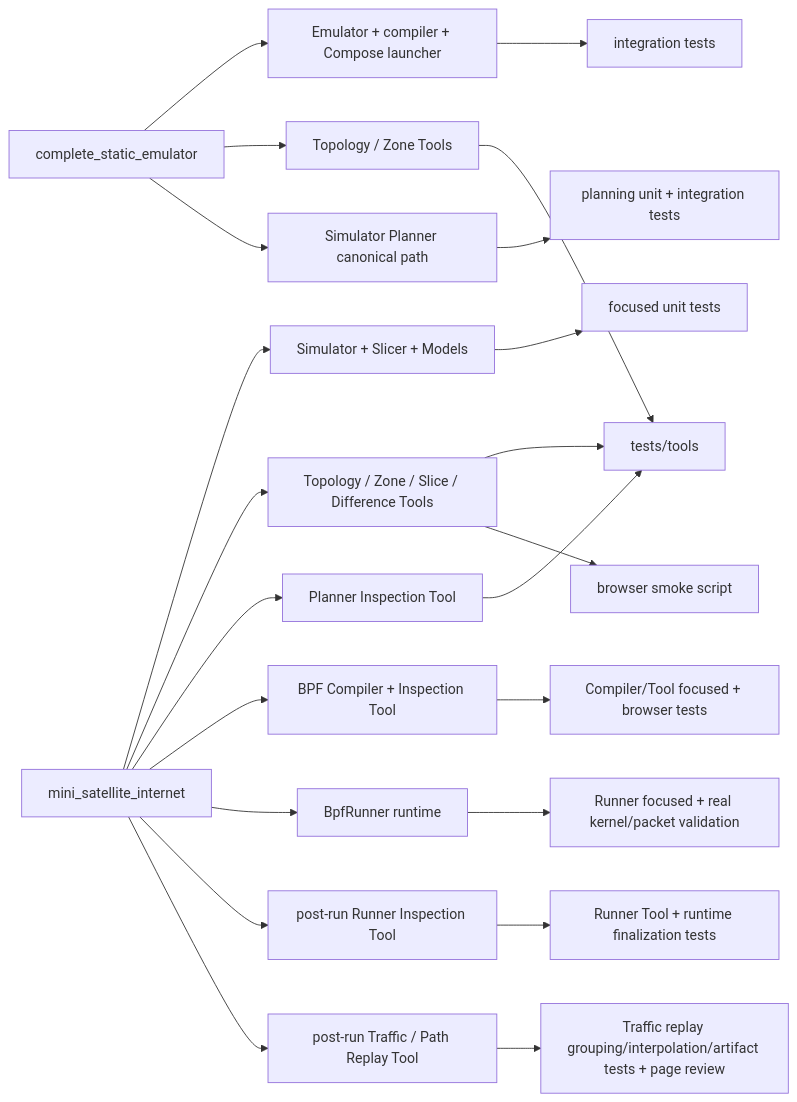
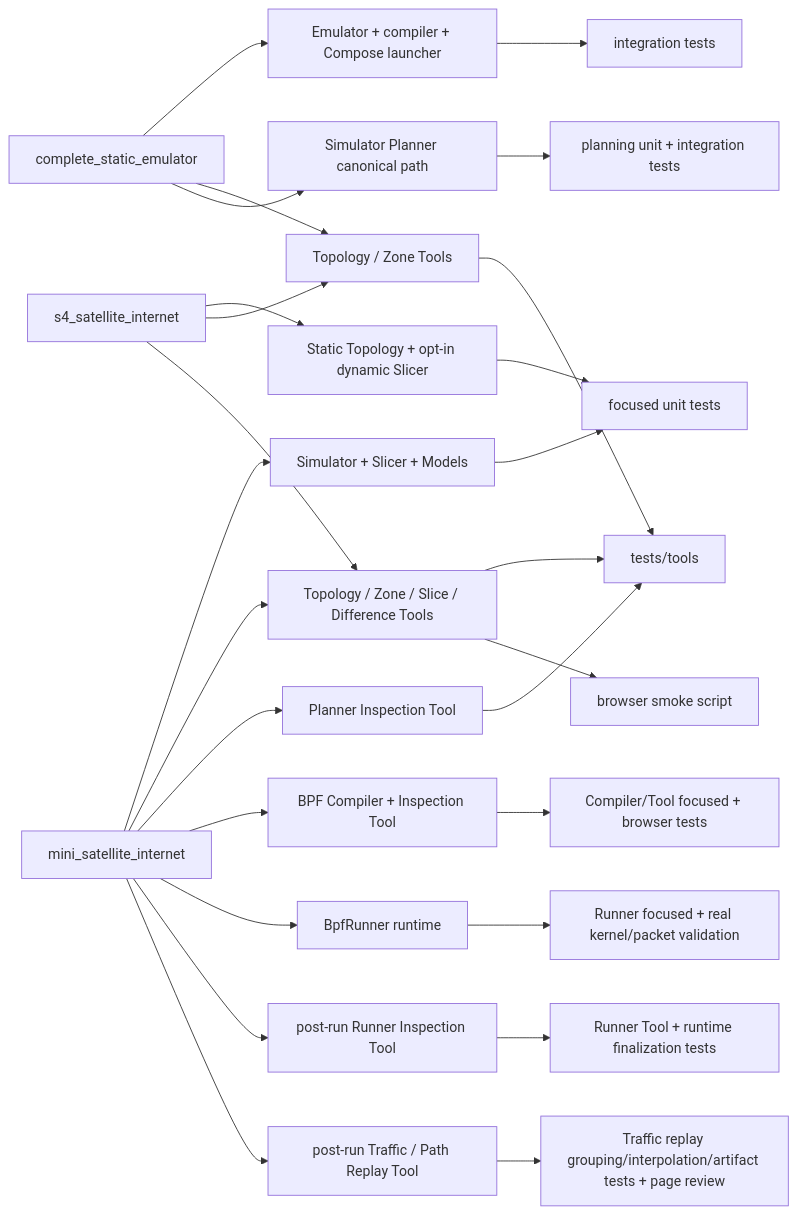
Before and after one commit to seed-labs/skyseed: the diagram in skyseed_v2/docs/human-readable/traceability-map.md, drawn with Mermaid. The commit also changed other lines of this file and 124 other files, not shown here.

````diff
--- a/skyseed_v2/docs/human-readable/traceability-map.md
+++ b/skyseed_v2/docs/human-readable/traceability-map.md
@@ -7,24 +7,28 @@
 ```mermaid
 flowchart LR
     CE["complete_static_emulator"] --> EM["Emulator + compiler + Compose launcher"]
     CE --> TZ["Topology / Zone Tools"]
     CE --> PL["Simulator Planner canonical path"]
     DN["mini_satellite_internet"] --> DS["Simulator + Slicer + Models"]
     DN --> DT["Topology / Zone / Slice / Difference Tools"]
     DN --> PT["Planner Inspection Tool"]
     DN --> BT["BPF Compiler + Inspection Tool"]
     DN --> BR["BpfRunner runtime"]
     DN --> RI["post-run Runner Inspection Tool"]
     DN --> TR["post-run Traffic / Path Replay Tool"]
+    S4["s4_satellite_internet"] --> S4S["Static Topology + opt-in dynamic Slicer"]
+    S4 --> TZ
+    S4 --> DT
     EM --> ITEST["integration tests"]
     DS --> UTEST["focused unit tests"]
+    S4S --> UTEST
     PL --> PTEST["planning unit + integration tests"]
     TZ --> TTEST["tests/tools"]
     DT --> TTEST
     DT --> BROWSER["browser smoke script"]
     PT --> TTEST
     BT --> BTEST["Compiler/Tool focused + browser tests"]
     BR --> RTEST["Runner focused + real kernel/packet validation"]
     RI --> RITEST["Runner Tool + runtime finalization tests"]
     TR --> TRTEST["Traffic replay grouping/interpolation/artifact tests + page review"]
 ```
````
